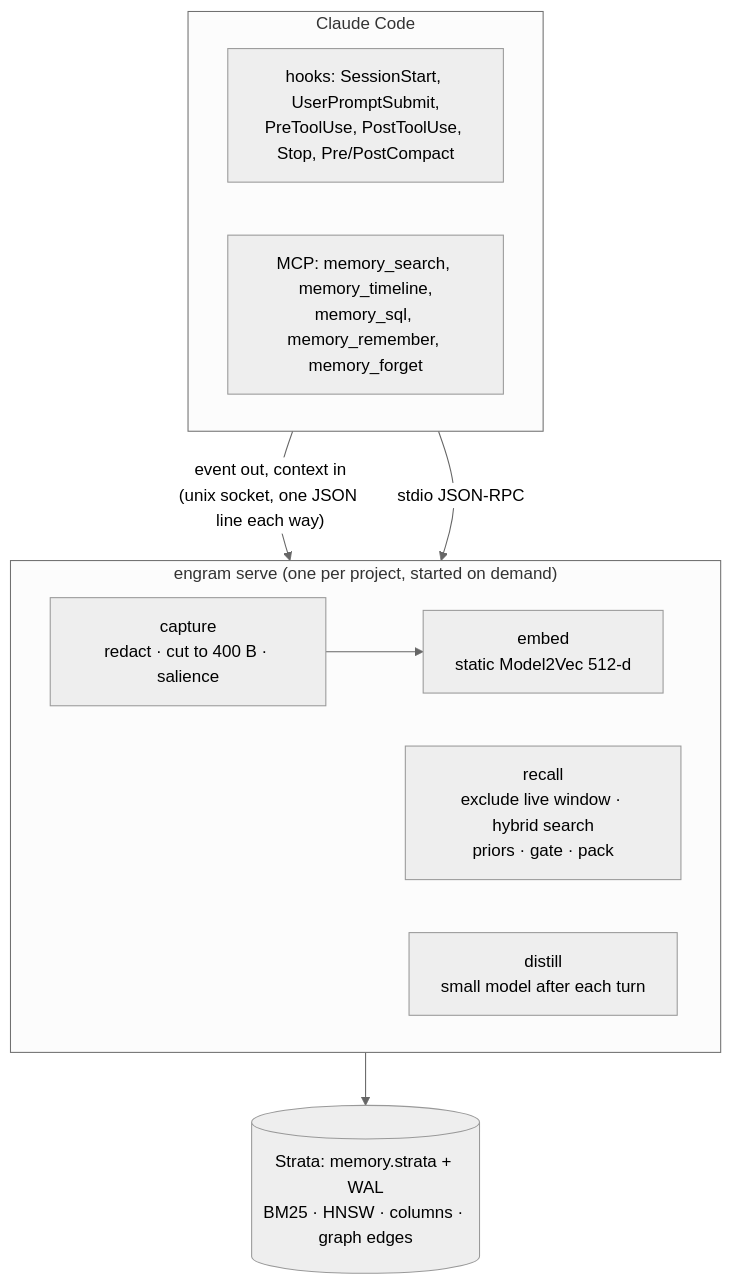
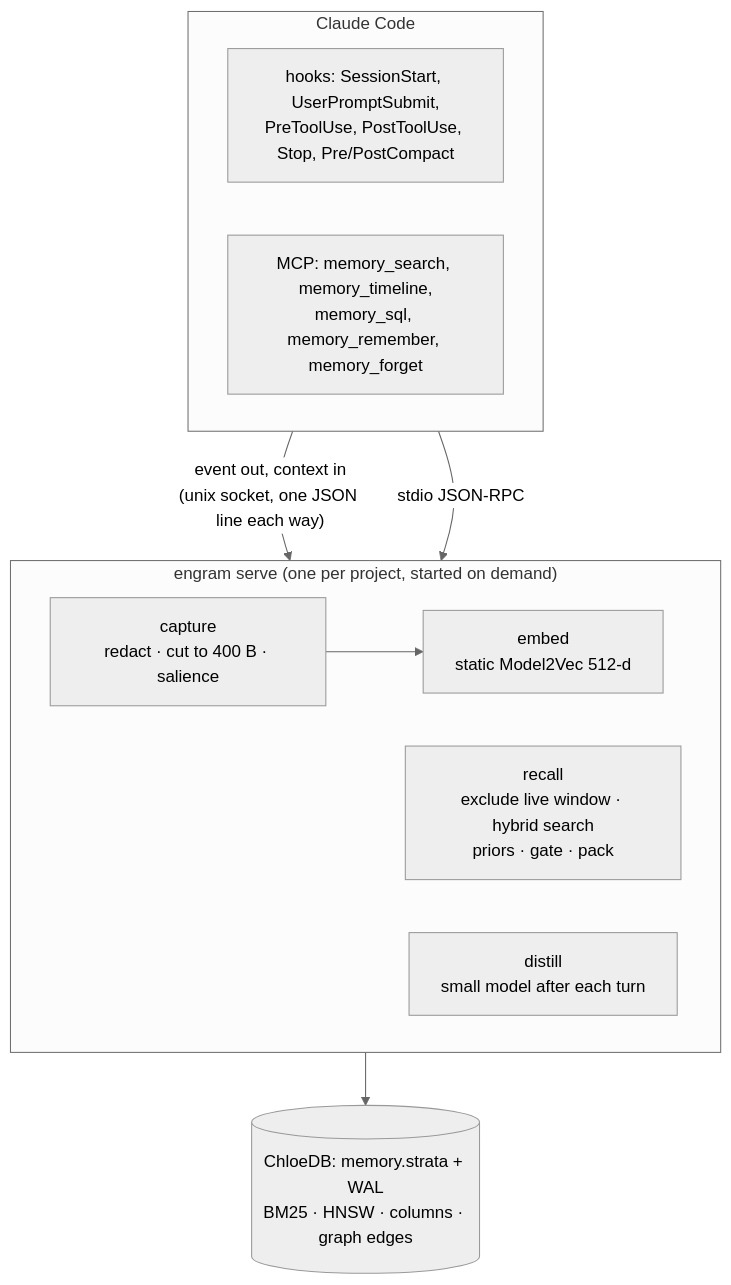
Before and after one commit to chloetech-ai/chloedb: the second of 2 diagrams in docs/README.md, drawn with Mermaid (neutral theme). The commit also changed other lines of this file and 73 other files, not shown here.

First line of the commit message:
Rename Strata to ChloeDB in the docs, the website and the READMEs

````diff
--- a/docs/README.md
+++ b/docs/README.md
@@ -92,17 +94,17 @@
 ```mermaid
 flowchart TB
     subgraph agent["Claude Code"]
         direction LR
         hooks["hooks: SessionStart, UserPromptSubmit,<br/>PreToolUse, PostToolUse, Stop, Pre/PostCompact"]
         tools["MCP: memory_search, memory_timeline,<br/>memory_sql, memory_remember, memory_forget"]
     end
     hooks -- "event out, context in<br/>(unix socket, one JSON line each way)" --> daemon
     tools -- "stdio JSON-RPC" --> daemon
     subgraph daemon["engram serve (one per project, started on demand)"]
         direction LR
         cap["capture<br/>redact · cut to 400 B · salience"] --> emb["embed<br/>static Model2Vec 512-d"]
         rec["recall<br/>exclude live window · hybrid search<br/>priors · gate · pack"]
         dis["distill<br/>small model after each turn"]
     end
-    daemon --> strata[("Strata: memory.strata + WAL<br/>BM25 · HNSW · columns · graph edges")]
+    daemon --> strata[("ChloeDB: memory.strata + WAL<br/>BM25 · HNSW · columns · graph edges")]
 ```
````
